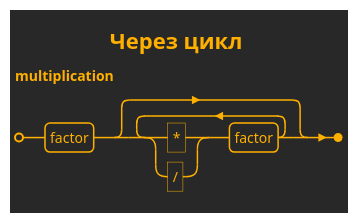
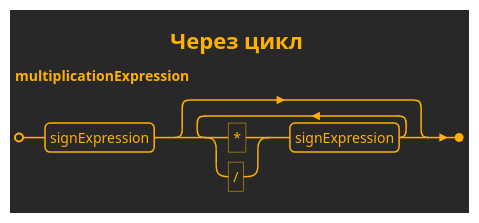
The tenth of 13 diagrams in Domain/MURQ.Domain/URQL/docs/URQL Lines Syntax.md (realsonic/MURQ), drawn with PlantUML before and after one commit. The commit also changed other lines of this file and 9 other files, not shown here.

````diff
--- a/Domain/MURQ.Domain/URQL/docs/URQL Lines Syntax.md
+++ b/Domain/MURQ.Domain/URQL/docs/URQL Lines Syntax.md
@@ -202,9 +201,7 @@
 ```plantuml
-@startebnf Адаптация multiplication через цикл
+@startebnf Адаптация multiplicationExpression через цикл
 !theme crt-amber
-
 title Через цикл
-
-multiplication = factor, {('*' | '/'), factor};
+multiplicationExpression = signExpression, { ( '*' | '/' ), signExpression };
 @endebnf
 ```
````
